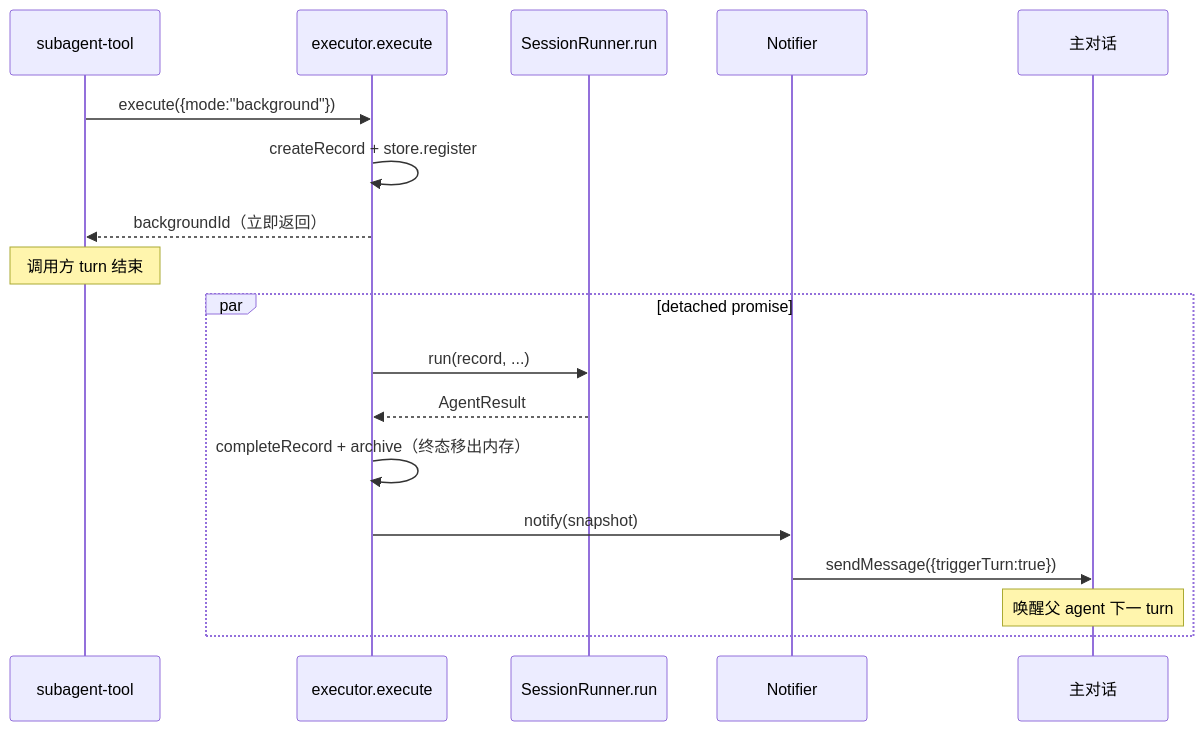
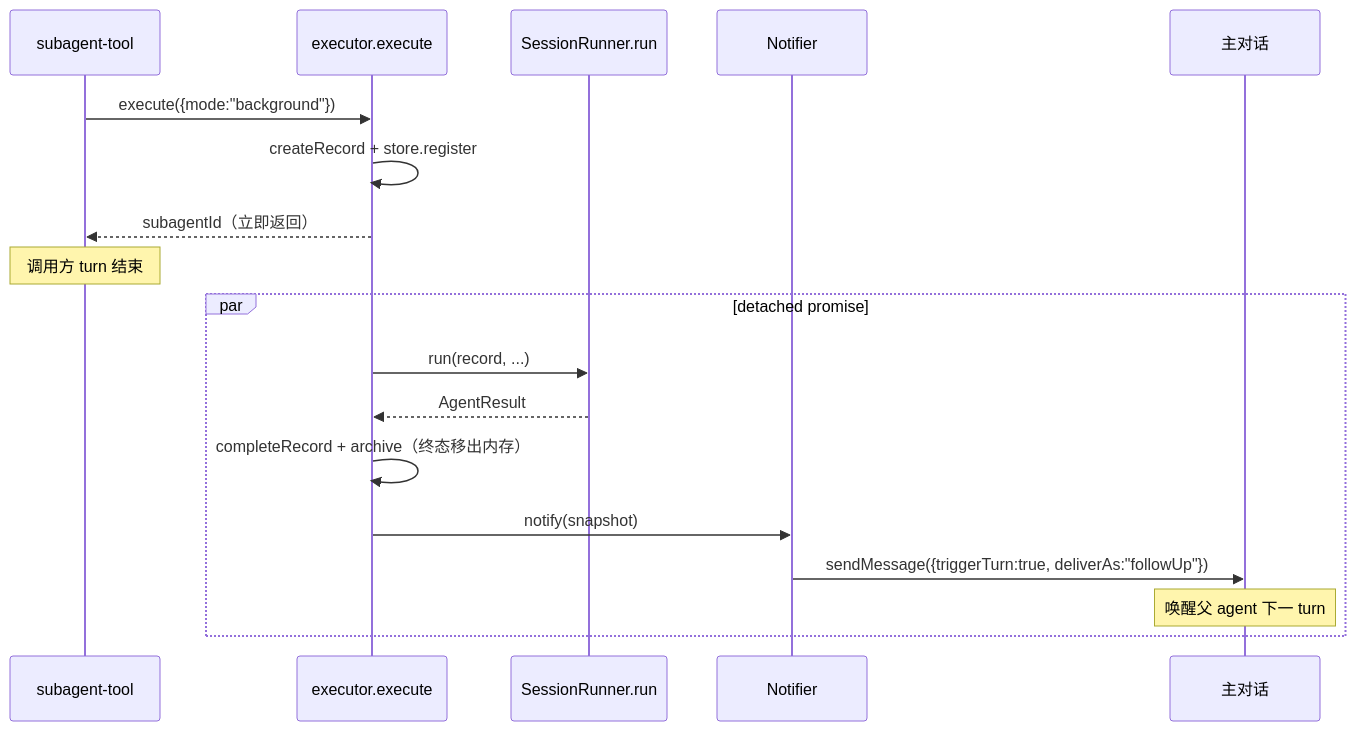
The second of 3 diagrams in docs/subagents/execution-flow.md (zhushanwen321/xyz-pi-extensions), drawn with Mermaid before and after one commit. The commit also changed other lines of this file and 38 other files, not shown here.

````diff
--- a/docs/subagents/execution-flow.md
+++ b/docs/subagents/execution-flow.md
@@ -85,22 +85,22 @@
 ```mermaid
 sequenceDiagram
     participant Tool as subagent-tool
     participant Exec as executor.execute
     participant Run as SessionRunner.run
     participant Notifier
     participant Main as 主对话
 
     Tool->>Exec: execute({mode:"background"})
     Exec->>Exec: createRecord + store.register
-    Exec-->>Tool: backgroundId（立即返回）
+    Exec-->>Tool: subagentId（立即返回）
     Note over Tool: 调用方 turn 结束
 
     par detached promise
         Exec->>Run: run(record, ...)
         Run-->>Exec: AgentResult
         Exec->>Exec: completeRecord + archive（终态移出内存）
         Exec->>Notifier: notify(snapshot)
-        Notifier->>Main: sendMessage({triggerTurn:true})
+        Notifier->>Main: sendMessage({triggerTurn:true, deliverAs:"followUp"})
         Note over Main: 唤醒父 agent 下一 turn
     end
 ```
````
